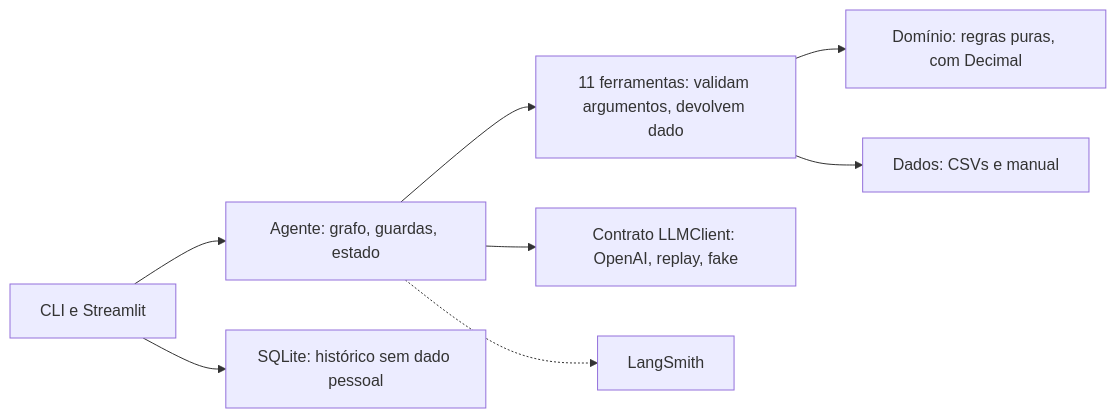
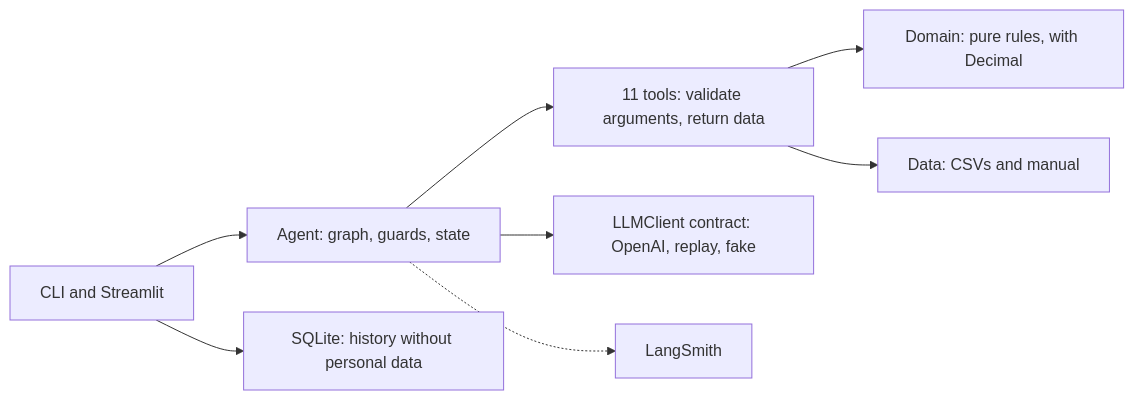
Before and after one commit to oericdacosta/emporio-assistant: the fourth of 6 diagrams in README.md, drawn with Mermaid. The commit also changed other lines of this file and 16 other files, not shown here.

````diff
--- a/README.md
+++ b/README.md
@@ -228,10 +232,10 @@
 ```mermaid
 flowchart LR
-    UI["CLI e Streamlit"] --> AG["Agente: grafo, guardas, estado"]
-    AG --> TL["11 ferramentas: validam argumentos, devolvem dado"]
-    TL --> DM["Domínio: regras puras, com Decimal"]
-    TL --> DT["Dados: CSVs e manual"]
-    AG --> LLM["Contrato LLMClient: OpenAI, replay, fake"]
+    UI["CLI and Streamlit"] --> AG["Agent: graph, guards, state"]
+    AG --> TL["11 tools: validate arguments, return data"]
+    TL --> DM["Domain: pure rules, with Decimal"]
+    TL --> DT["Data: CSVs and manual"]
+    AG --> LLM["LLMClient contract: OpenAI, replay, fake"]
     AG -.-> OBS["LangSmith"]
-    UI --> SES["SQLite: histórico sem dado pessoal"]
+    UI --> SES["SQLite: history without personal data"]
 ```
````
